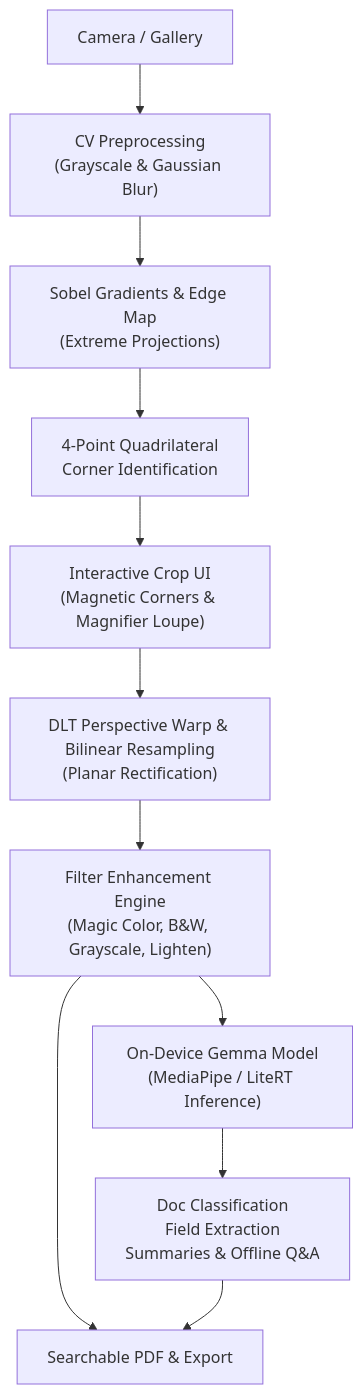
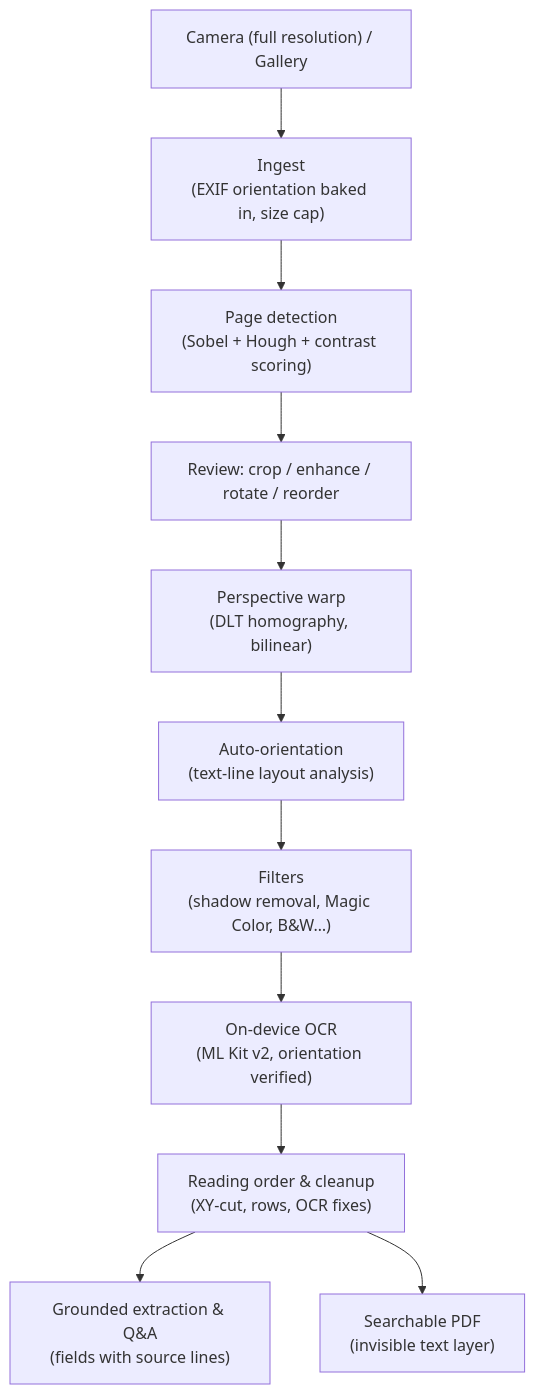
The diagram in README.md (Ahmed1-Rebai/ClearScan), drawn with Mermaid before and after one commit. The commit also changed other lines of this file and 61 other files, not shown here.

First line of the commit message:
feat: real on-device OCR, grounded extraction, multi-page scans and UI fixes

````diff
--- a/README.md
+++ b/README.md
@@ -55,13 +62,13 @@
 ```mermaid
 flowchart TD
-    Camera["Camera / Gallery"] --> Preprocess["CV Preprocessing<br/>(Grayscale & Gaussian Blur)"]
-    Preprocess --> Edges["Sobel Gradients & Edge Map<br/>(Extreme Projections)"]
-    Edges --> Corners["4-Point Quadrilateral<br/>Corner Identification"]
-    Corners --> CropUI["Interactive Crop UI<br/>(Magnetic Corners & Magnifier Loupe)"]
-    CropUI --> Homography["DLT Perspective Warp & Bilinear Resampling<br/>(Planar Rectification)"]
-    Homography --> Filters["Filter Enhancement Engine<br/>(Magic Color, B&W, Grayscale, Lighten)"]
-    Filters --> LocalAI["On-Device Gemma Model<br/>(MediaPipe / LiteRT Inference)"]
-    LocalAI --> Features["Doc Classification<br/>Field Extraction<br/>Summaries & Offline Q&A"]
-    Filters --> PDF["Searchable PDF & Export"]
-    Features --> PDF
+    Capture["Camera (full resolution) / Gallery"] --> Ingest["Ingest<br/>(EXIF orientation baked in, size cap)"]
+    Ingest --> Detect["Page detection<br/>(Sobel + Hough + contrast scoring)"]
+    Detect --> Review["Review: crop / enhance / rotate / reorder"]
+    Review --> Warp["Perspective warp<br/>(DLT homography, bilinear)"]
+    Warp --> Orient["Auto-orientation<br/>(text-line layout analysis)"]
+    Orient --> Filters["Filters<br/>(shadow removal, Magic Color, B&W…)"]
+    Filters --> OCR["On-device OCR<br/>(ML Kit v2, orientation verified)"]
+    OCR --> Layout["Reading order & cleanup<br/>(XY-cut, rows, OCR fixes)"]
+    Layout --> Insights["Grounded extraction & Q&A<br/>(fields with source lines)"]
+    Layout --> PDF["Searchable PDF<br/>(invisible text layer)"]
 ```
````
